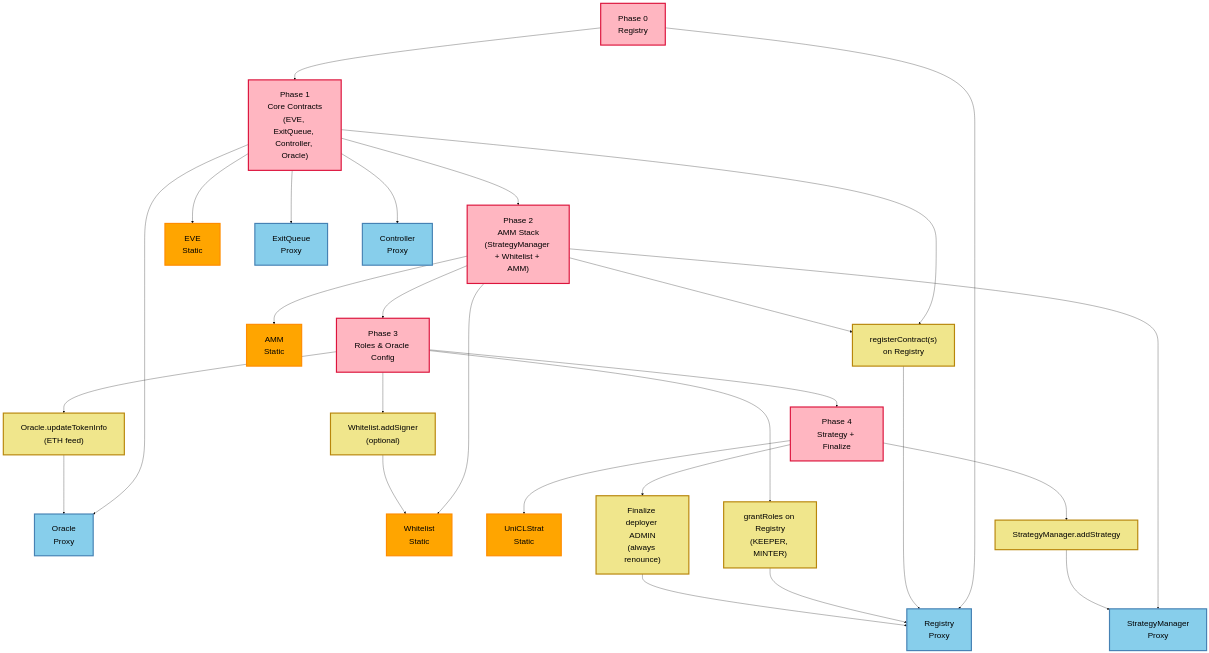
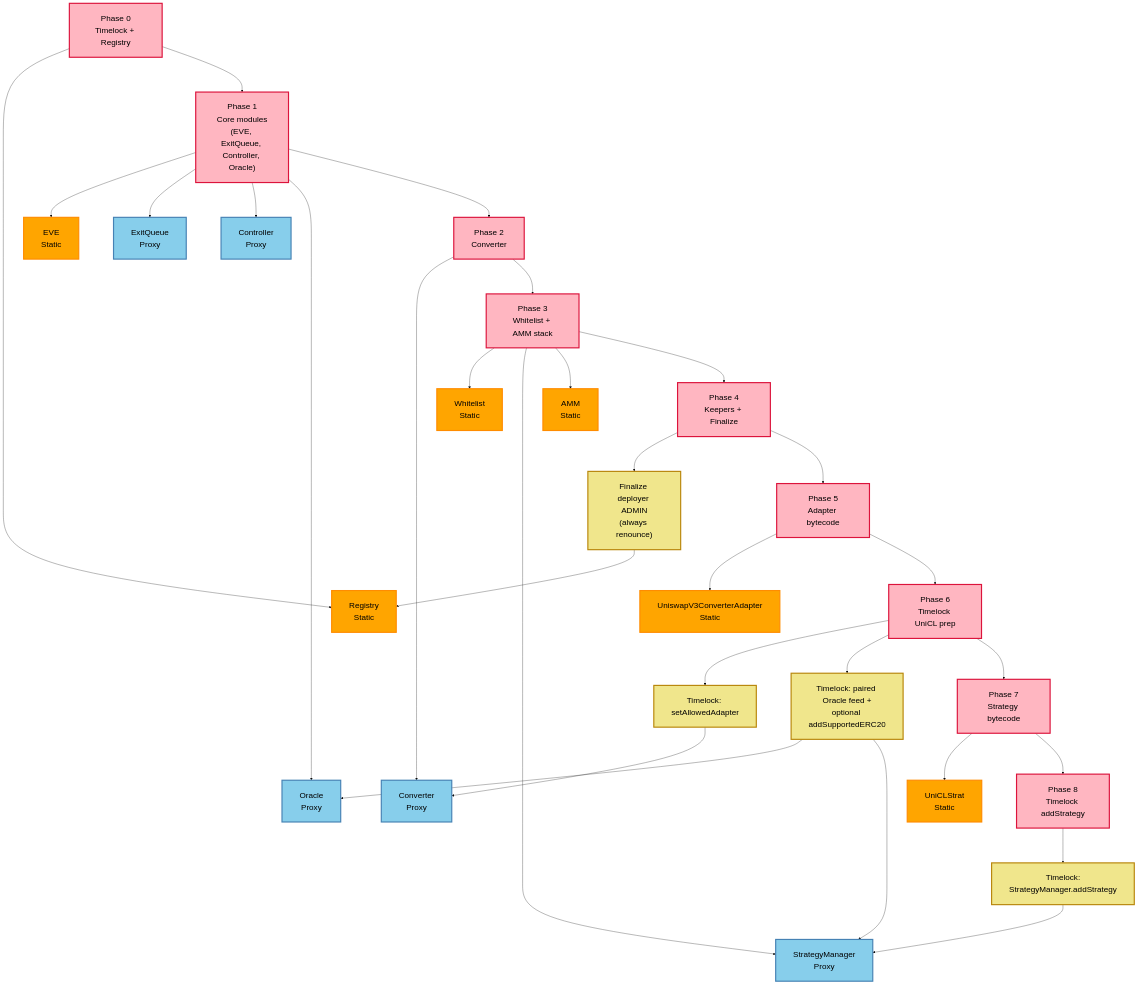
Before and after one commit to everstrat-xyz/contracts: the diagram in mermaid/deployment-architecture.md, drawn with Mermaid. The commit also changed other lines of this file and 15 other files, not shown here.

Commit message:
modular / singular flow unification + uniswapV3 adapter deployment script + envOr() silent fallbacks removal (except TIMELOCK_ADMIN_DELAY -> defaults to 48h)

````diff
--- a/mermaid/deployment-architecture.md
+++ b/mermaid/deployment-architecture.md
@@ -5,64 +5,70 @@
 ```mermaid
 %%{init: {'theme':'base', 'themeVariables': { 'fontSize': '28px', 'primaryTextColor': '#000000'}, 'flowchart': {'nodeSpacing': 120, 'rankSpacing': 120, 'padding': 30}}}%%
 graph TB
-    Phase0["Phase 0<br/>Registry"]
-    Phase1["Phase 1<br/>Core Contracts<br/>(EVE, ExitQueue, Controller, Oracle)"]
-    Phase2["Phase 2<br/>AMM Stack<br/>(StrategyManager + Whitelist + AMM)"]
-    Phase3["Phase 3<br/>Roles & Oracle Config"]
-    Phase4["Phase 4<br/>Strategy + Finalize"]
-    
-    RegistryProxy["Registry<br/>Proxy"]
+    Phase0["Phase 0<br/>Timelock + Registry"]
+    Phase1["Phase 1<br/>Core modules<br/>(EVE, ExitQueue, Controller, Oracle)"]
+    Phase2["Phase 2<br/>Converter"]
+    Phase3["Phase 3<br/>Whitelist + AMM stack"]
+    Phase4["Phase 4<br/>Keepers + Finalize"]
+    Phase5["Phase 5<br/>Adapter bytecode"]
+    Phase6["Phase 6<br/>Timelock UniCL prep"]
+    Phase7["Phase 7<br/>Strategy bytecode"]
+    Phase8["Phase 8<br/>Timelock addStrategy"]
+
+    RegistryStatic["Registry<br/>Static"]
     EVE["EVE<br/>Static"]
     ExitQueueProxy["ExitQueue<br/>Proxy"]
     ControllerProxy["Controller<br/>Proxy"]
     OracleProxy["Oracle<br/>Proxy"]
+    ConverterProxy["Converter<br/>Proxy"]
     StrategyManagerProxy["StrategyManager<br/>Proxy"]
     Whitelist["Whitelist<br/>Static"]
     AMM["AMM<br/>Static"]
+    Adapter["UniswapV3ConverterAdapter<br/>Static"]
     UniCLStrat["UniCLStrat<br/>Static"]
-    
-    RegisterKeys["registerContract(s)<br/>on Registry"]
-    GrantRoles["grantRoles on Registry<br/>(KEEPER, MINTER)"]
-    ConfigureOracle["Oracle.updateTokenInfo<br/>(ETH feed)"]
-    SeedWhitelistSigner["Whitelist.addSigner<br/>(optional)"]
+
     FinalizeDeployer["Finalize deployer ADMIN<br/>(always renounce)"]
-    AddStrategy["StrategyManager.addStrategy"]
-    
-    Phase0 --> RegistryProxy
+    AllowAdapter["Timelock: setAllowedAdapter"]
+    PairedFeed["Timelock: paired Oracle feed +<br/>optional addSupportedERC20"]
+    AddStrategy["Timelock:<br/>StrategyManager.addStrategy"]
+
+    Phase0 --> RegistryStatic
     Phase0 --> Phase1
     Phase1 --> EVE
     Phase1 --> ExitQueueProxy
     Phase1 --> ControllerProxy
     Phase1 --> OracleProxy
-    Phase1 --> RegisterKeys
     Phase1 --> Phase2
-    Phase2 --> StrategyManagerProxy
-    Phase2 --> Whitelist
-    Phase2 --> AMM
-    Phase2 --> RegisterKeys
+    Phase2 --> ConverterProxy
     Phase2 --> Phase3
-    Phase3 --> GrantRoles
-    Phase3 --> ConfigureOracle
-    Phase3 --> SeedWhitelistSigner
+    Phase3 --> Whitelist
+    Phase3 --> StrategyManagerProxy
+    Phase3 --> AMM
     Phase3 --> Phase4
-    Phase4 --> UniCLStrat
-    Phase4 --> AddStrategy
     Phase4 --> FinalizeDeployer
-    
-    RegisterKeys --> RegistryProxy
-    GrantRoles --> RegistryProxy
-    ConfigureOracle --> OracleProxy
-    SeedWhitelistSigner --> Whitelist
-    FinalizeDeployer --> RegistryProxy
+    Phase4 --> Phase5
+    Phase5 --> Adapter
+    Phase5 --> Phase6
+    Phase6 --> AllowAdapter
+    Phase6 --> PairedFeed
+    Phase6 --> Phase7
+    Phase7 --> UniCLStrat
+    Phase7 --> Phase8
+    Phase8 --> AddStrategy
+
+    FinalizeDeployer --> RegistryStatic
+    AllowAdapter --> ConverterProxy
+    PairedFeed --> OracleProxy
+    PairedFeed --> StrategyManagerProxy
     AddStrategy --> StrategyManagerProxy
-    
+
     classDef phase fill:#FFB6C1,stroke:#DC143C,stroke-width:4px
     classDef static fill:#FFA500,stroke:#FF8C00,stroke-width:4px
     classDef proxy fill:#87CEEB,stroke:#4682B4,stroke-width:4px
     classDef setup fill:#F0E68C,stroke:#B8860B,stroke-width:4px
-    
-    class Phase0,Phase1,Phase2,Phase3,Phase4 phase
-    class EVE,AMM,Whitelist,UniCLStrat static
-    class RegistryProxy,ExitQueueProxy,ControllerProxy,OracleProxy,StrategyManagerProxy proxy
-    class RegisterKeys,GrantRoles,ConfigureOracle,SeedWhitelistSigner,FinalizeDeployer,AddStrategy setup
+
+    class Phase0,Phase1,Phase2,Phase3,Phase4,Phase5,Phase6,Phase7,Phase8 phase
+    class RegistryStatic,EVE,AMM,Whitelist,Adapter,UniCLStrat static
+    class ExitQueueProxy,ControllerProxy,OracleProxy,ConverterProxy,StrategyManagerProxy proxy
+    class FinalizeDeployer,AllowAdapter,PairedFeed,AddStrategy setup
 ```
````
